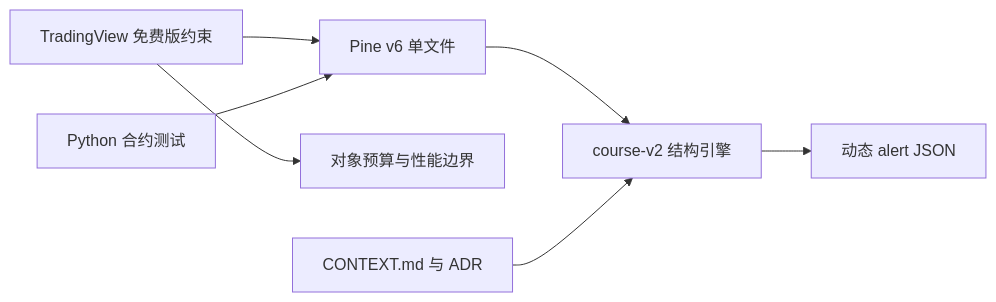
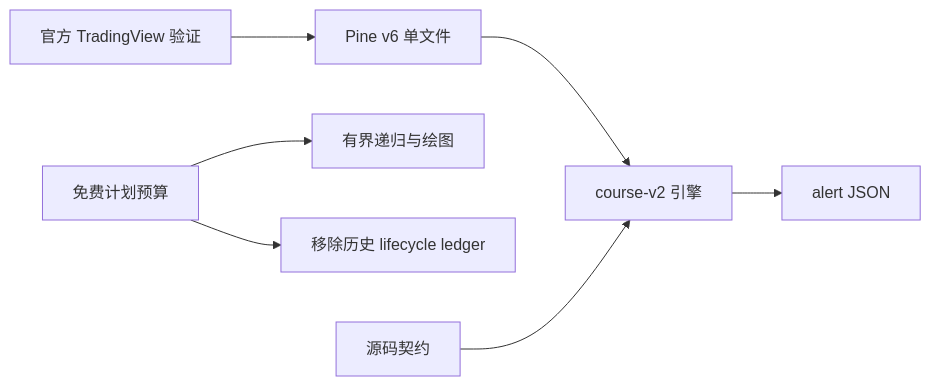
One commit to crossly/chanlun-for-tradingview changed the diagram in brain/stack.md. Above: the diagram before and after it, drawn with Mermaid. The commit also changed other lines of this file and 12 other files, not shown here.

````diff
--- a/brain/stack.md
+++ b/brain/stack.md
@@ -23,9 +26,9 @@
 ```mermaid
 graph LR
-  TV[TradingView 免费版约束] --> P[Pine v6 单文件]
-  P --> C[course-v2 结构引擎]
-  C --> J[动态 alert JSON]
-  TV --> B[对象预算与性能边界]
-  D[CONTEXT.md 与 ADR] --> C
-  Q[Python 合约测试] --> P
+  P[Pine v6 单文件] --> C[course-v2 引擎]
+  C --> J[alert JSON]
+  TV[免费计划预算] --> B[有界递归与绘图]
+  TV --> X[移除历史 lifecycle ledger]
+  S[源码契约] --> C
+  O[官方 TradingView 验证] --> P
 ```
````
